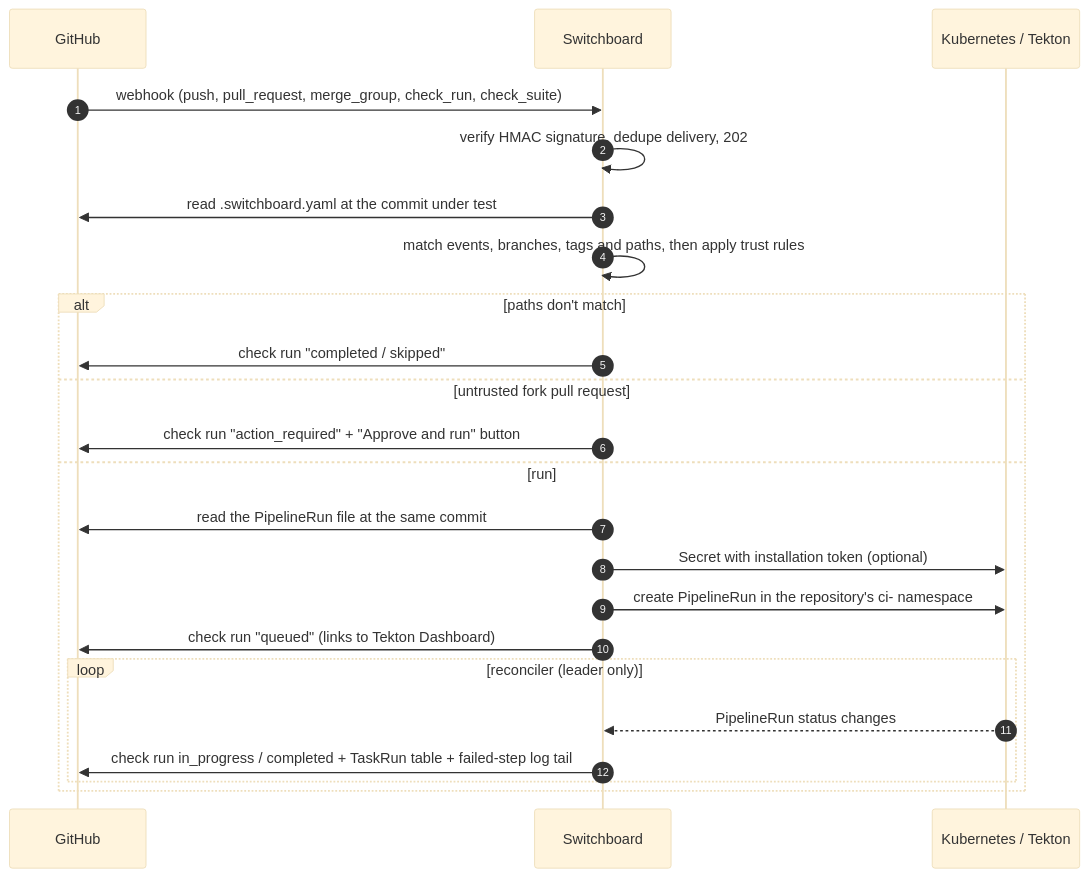
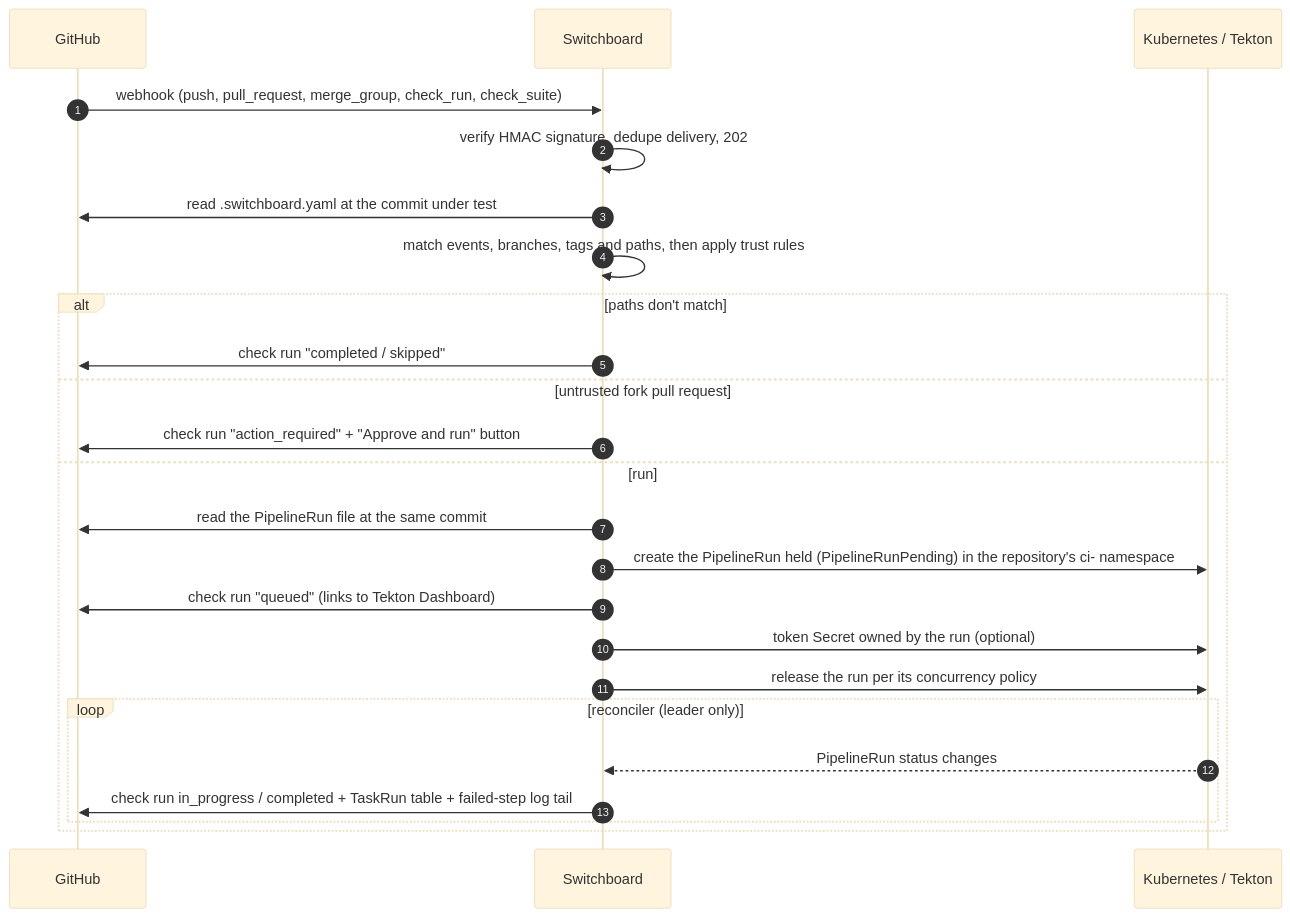
Before and after one commit to arikkfir-org/docs: the first of 2 diagrams in hub/designs/phase-2-switchboard.md, drawn with Mermaid (base theme). The commit also changed other lines of this file and 4 other files, not shown here.

````diff
--- a/hub/designs/phase-2-switchboard.md
+++ b/hub/designs/phase-2-switchboard.md
@@ -20,25 +20,26 @@
 ```mermaid
 sequenceDiagram
   autonumber
   participant GH as GitHub
   participant SB as Switchboard
   participant K8s as Kubernetes / Tekton
   GH->>SB: webhook (push, pull_request, merge_group, check_run, check_suite)
   SB->>SB: verify HMAC signature, dedupe delivery, 202
   SB->>GH: read .switchboard.yaml at the commit under test
   SB->>SB: match events, branches, tags and paths, then apply trust rules
   alt paths don't match
     SB->>GH: check run "completed / skipped"
   else untrusted fork pull request
     SB->>GH: check run "action_required" + "Approve and run" button
   else run
     SB->>GH: read the PipelineRun file at the same commit
-    SB->>K8s: Secret with installation token (optional)
-    SB->>K8s: create PipelineRun in the repository's ci- namespace
+    SB->>K8s: create the PipelineRun held (PipelineRunPending) in the repository's ci- namespace
     SB->>GH: check run "queued" (links to Tekton Dashboard)
+    SB->>K8s: token Secret owned by the run (optional)
+    SB->>K8s: release the run per its concurrency policy
     loop reconciler (leader only)
       K8s-->>SB: PipelineRun status changes
       SB->>GH: check run in_progress / completed + TaskRun table + failed-step log tail
     end
   end
 ```
````
